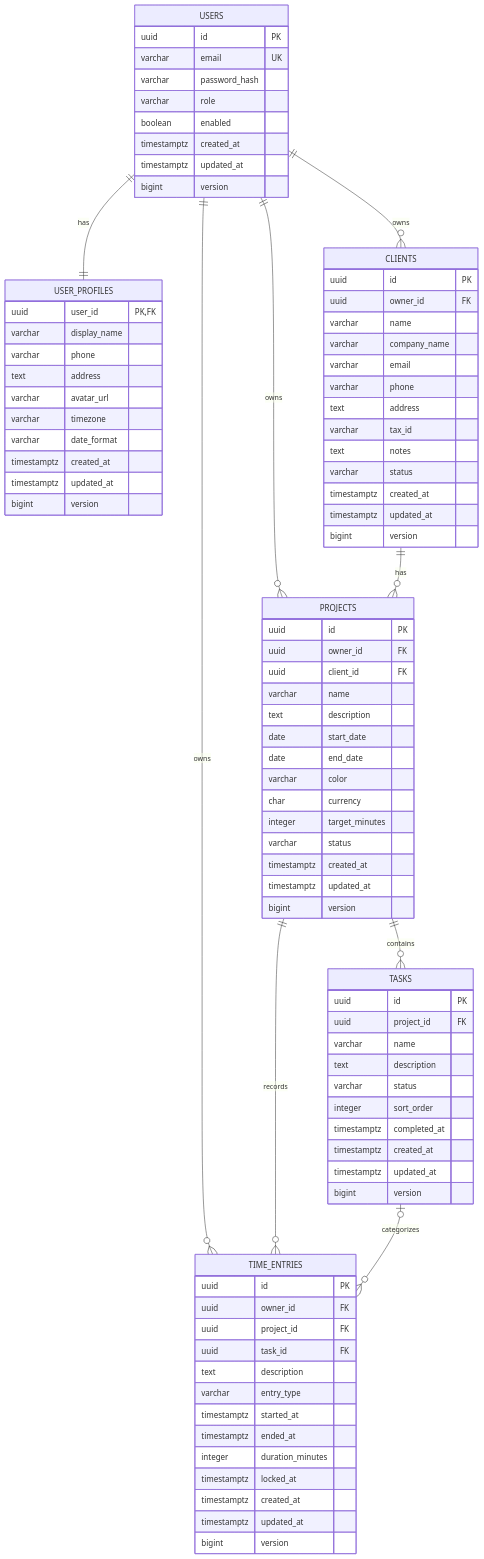
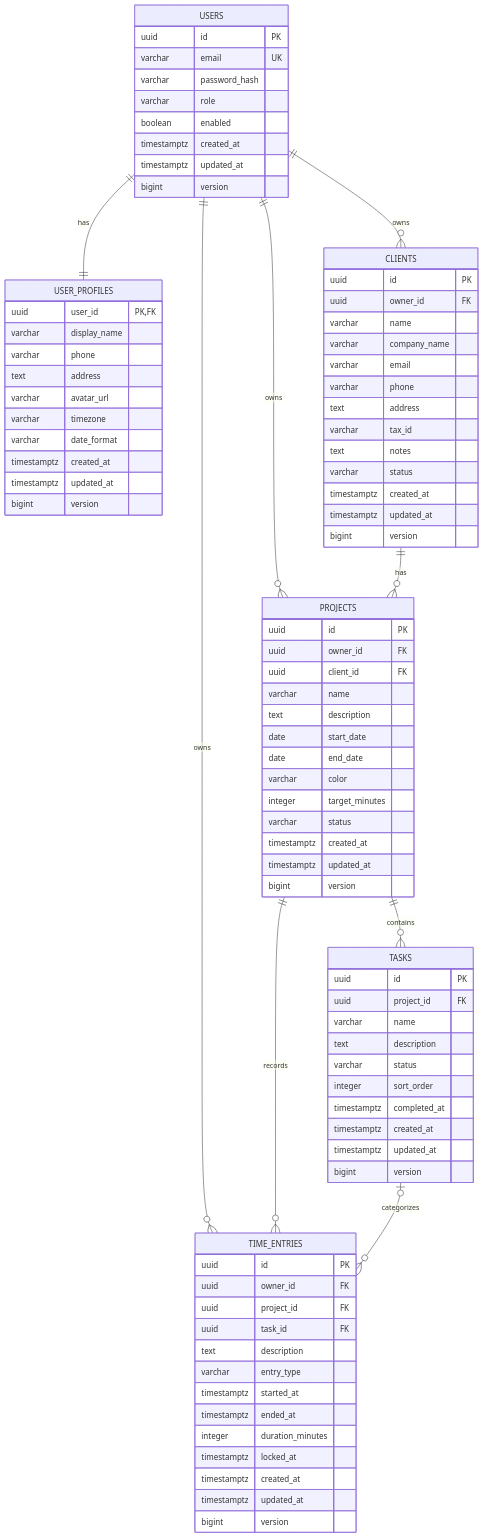
Before and after one commit to lillianxhub/freelance-hub: the diagram in doc/diagrams/er-diagram.md, drawn with Mermaid. The commit also changed other lines of this file and 1 other file, not shown here.

Commit message:
refactor: remove currency field from project entity and update ER diagram

```diff
--- a/doc/diagrams/er-diagram.md
+++ b/doc/diagrams/er-diagram.md
@@ -51,7 +51,6 @@
         date start_date
         date end_date
         varchar color
-        char currency
         integer target_minutes
         varchar status
         timestamptz created_at
```
